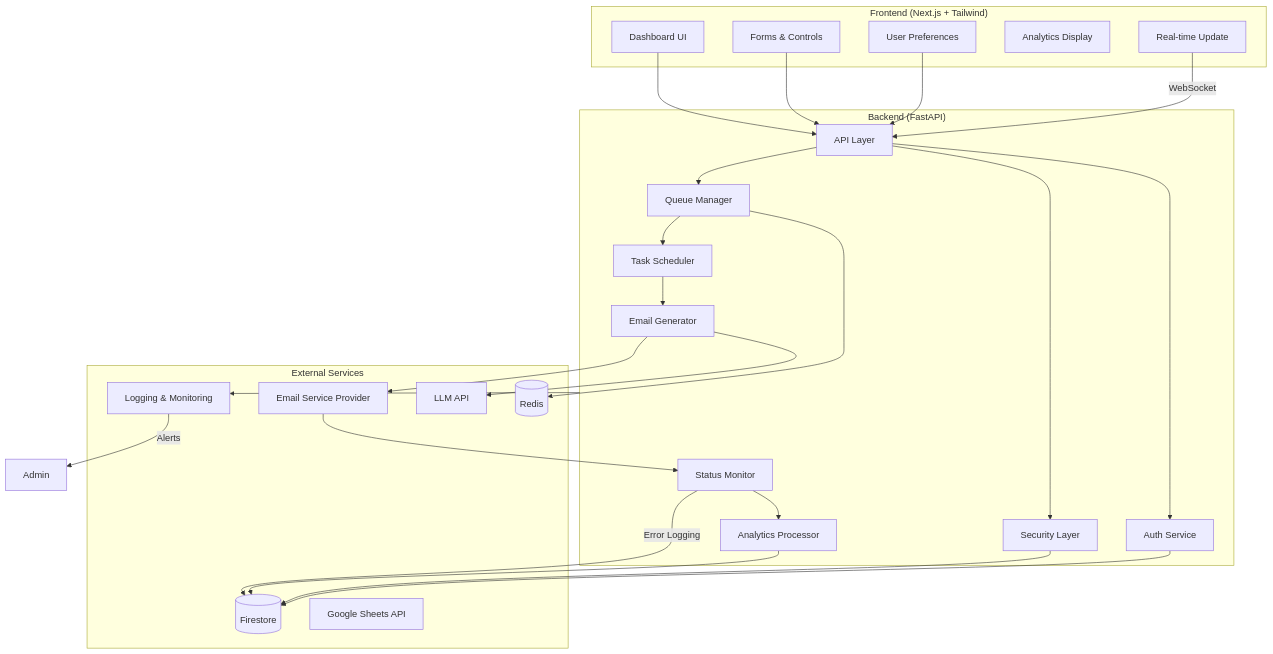
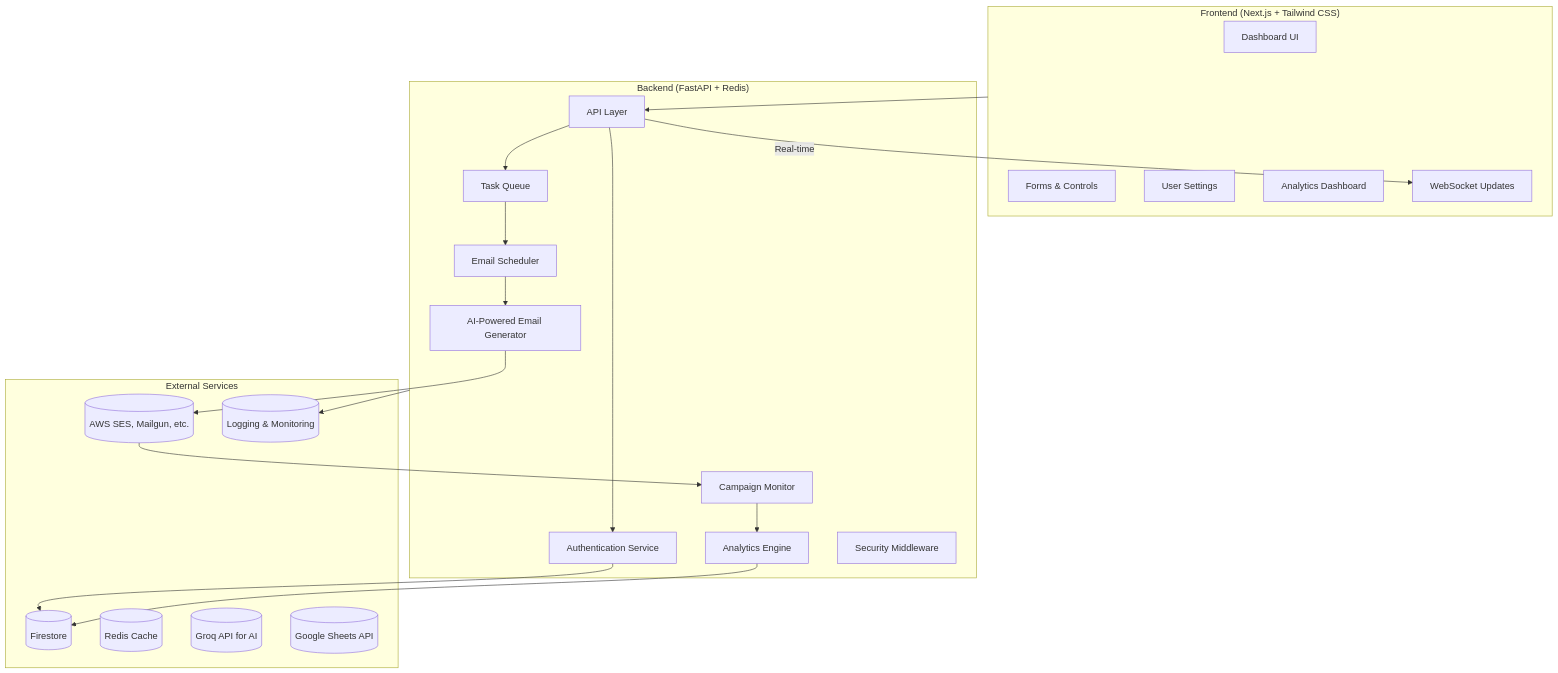
The diagram in README.md (meghana-0211/email-automation), drawn with Mermaid before and after one commit. The commit also changed other lines of this file, not shown here.

````diff
--- a/README.md
+++ b/README.md
@@ -8,53 +39,43 @@
 ```mermaid
-
 flowchart TD
-    subgraph Frontend["Frontend (Next.js + Tailwind)"]
-        UI[Dashboard UI]
+    subgraph Frontend["Frontend (Next.js + Tailwind CSS)"]
+        Dashboard[Dashboard UI]
         Forms[Forms & Controls]
-        Preferences[User Preferences]
-        Analytics[Analytics Display]
-        RT[Real-time Update]
+        Preferences[User Settings]
+        Analytics[Analytics Dashboard]
+        RealTime[WebSocket Updates]
     end
 
-    subgraph Backend["Backend (FastAPI)"]
+    subgraph Backend["Backend (FastAPI + Redis)"]
         API[API Layer]
-        Auth[Auth Service]
-        Queue[Queue Manager]
-        Scheduler[Task Scheduler]
-        Generator[Email Generator]
-        Monitor[Status Monitor]
-        DataProcessor[Analytics Processor]
-        Security[Security Layer]
+        Auth[Authentication Service]
+        Queue[Task Queue]
+        Scheduler[Email Scheduler]
+        Generator[AI-Powered Email Generator]
+        Monitor[Campaign Monitor]
+        AnalyticsProcessor[Analytics Engine]
+        Security[Security Middleware]
     end
 
     subgraph Services["External Services"]
-        DB[(Firestore)]
-        Redis[(Redis)]
-        ESP[Email Service Provider]
-        LLM[LLM API]
-        Sheets[Google Sheets API]
-        Observability[Logging & Monitoring]
+        Firebase[(Firestore)]
+        Redis[(Redis Cache)]
+        ESP[(AWS SES, Mailgun, etc.)]
+        Groq[(Groq API for AI)]
+        GoogleSheets[(Google Sheets API)]
+        Observability[(Logging & Monitoring)]
     end
 
-    UI --> API
-    Forms --> API
-    Preferences --> API
+    Frontend --> API
     API --> Auth
-    Auth --> DB
-    API --> Security
-    Security --> DB
+    Auth --> Firebase
     API --> Queue
-    Queue --> Redis
     Queue --> Scheduler
     Scheduler --> Generator
-    Generator --> LLM
     Generator --> ESP
     ESP --> Monitor
-    Monitor --> DataProcessor
-    DataProcessor --> DB
-    Monitor -->|Error Logging| DB
-    RT -->|WebSocket| API
+    Monitor --> AnalyticsProcessor
+    AnalyticsProcessor --> Firebase
+    API -->|Real-time| RealTime
     Backend --> Observability
-    Observability -->|Alerts| Admin
-
 ```
````
